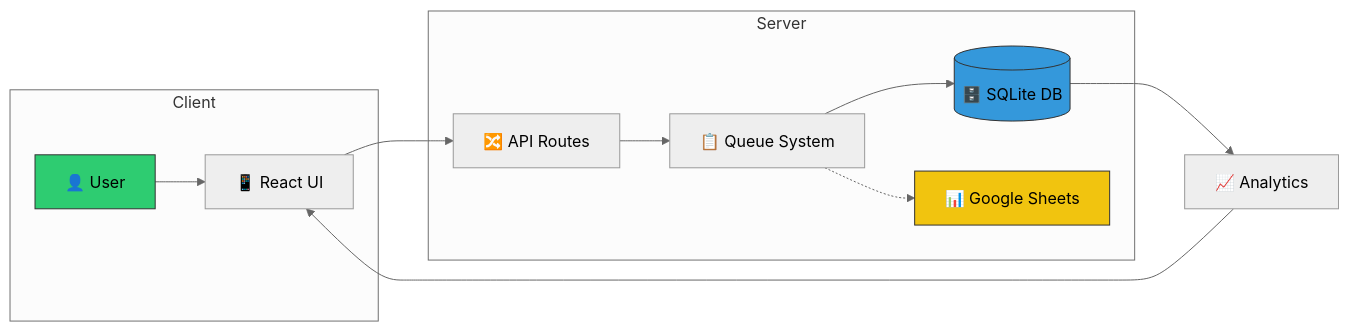
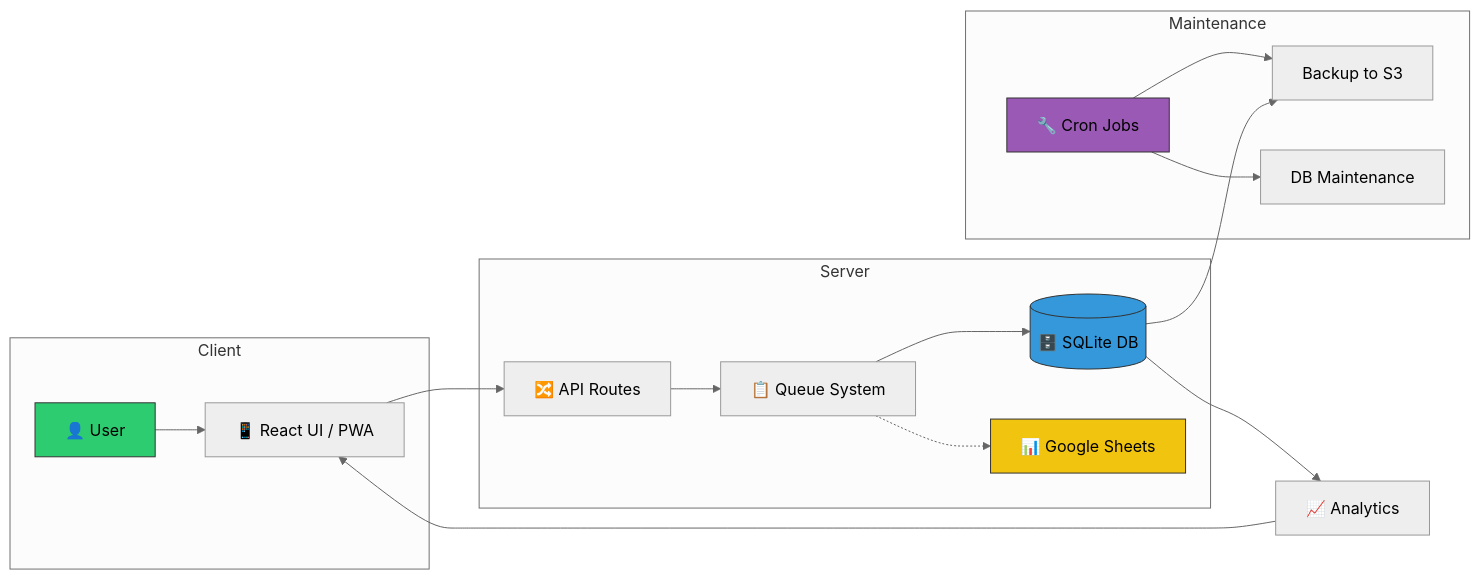
Before and after one commit to mohammedtaufeeqahmed/work-report-application: the second of 2 diagrams in README.md, drawn with Mermaid (neutral theme). The commit also changed other lines of this file and 11 other files, not shown here.

````diff
--- a/README.md
+++ b/README.md
@@ -403,20 +819,28 @@
 ```mermaid
 flowchart LR
     subgraph Client
-        A[👤 User] --> B[📱 React UI]
+        A[👤 User] --> B[📱 React UI / PWA]
     end
     
     subgraph Server
         B --> C[🔀 API Routes]
         C --> D[📋 Queue System]
         D --> E[(🗄️ SQLite DB)]
         D -.-> F[📊 Google Sheets]
     end
     
     E --> G[📈 Analytics]
     G --> B
     
+    subgraph Maintenance
+        H[🔧 Cron Jobs] --> I[Backup to S3]
+        H --> J[DB Maintenance]
+    end
+    
+    E --> I
+    
     style A fill:#2ecc71,stroke:#333
     style E fill:#3498db,stroke:#333
     style F fill:#f1c40f,stroke:#333
+    style H fill:#9b59b6,stroke:#333
 ```
````
